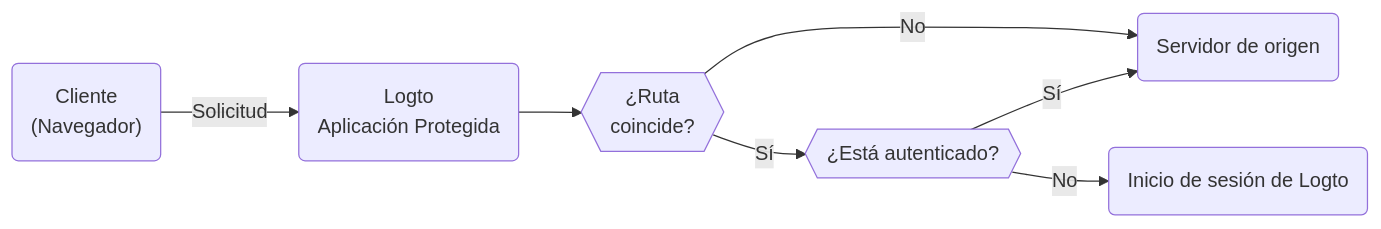
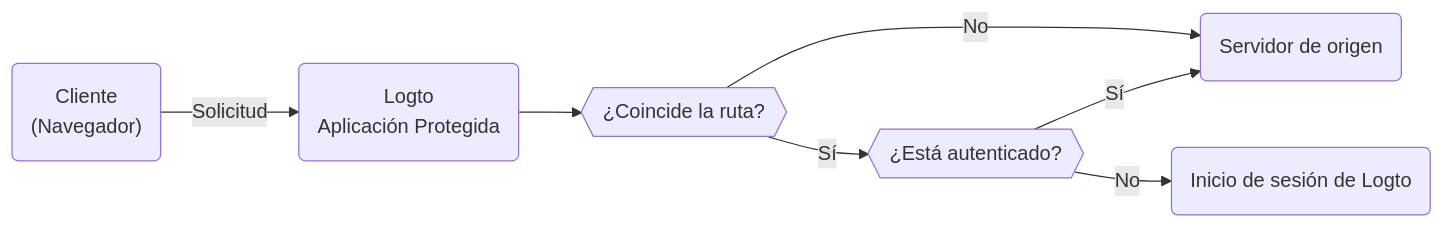
One commit to logto-io/docs changed the diagram in i18n/es/docusaurus-plugin-content-docs/current/integrate-logto/protected-app.mdx. Above: the diagram before and after it, drawn with Mermaid. The commit also changed other lines of this file and 428 other files, not shown here.

````diff
--- a/i18n/es/docusaurus-plugin-content-docs/current/integrate-logto/protected-app.mdx
+++ b/i18n/es/docusaurus-plugin-content-docs/current/integrate-logto/protected-app.mdx
@@ -17,9 +17,9 @@
 ```mermaid
 graph LR
   A("Cliente<br/>(Navegador)") -->|Solicitud| B(Logto<br/>Aplicación Protegida)
-  B --> Condition{{¿Ruta<br/>coincide?}}
+  B --> Condition{{¿Coincide la ruta?}}
   Condition -->|Sí| Matched{{¿Está autenticado?}}
   Matched -->|Sí| C(Servidor de origen)
   Matched -->|No| D(Inicio de sesión de Logto)
   Condition -->|No| C
 ```
````
